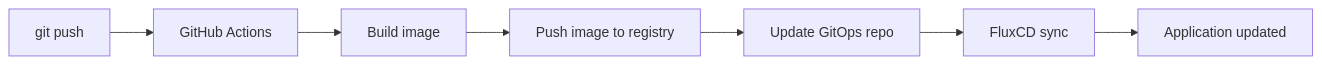
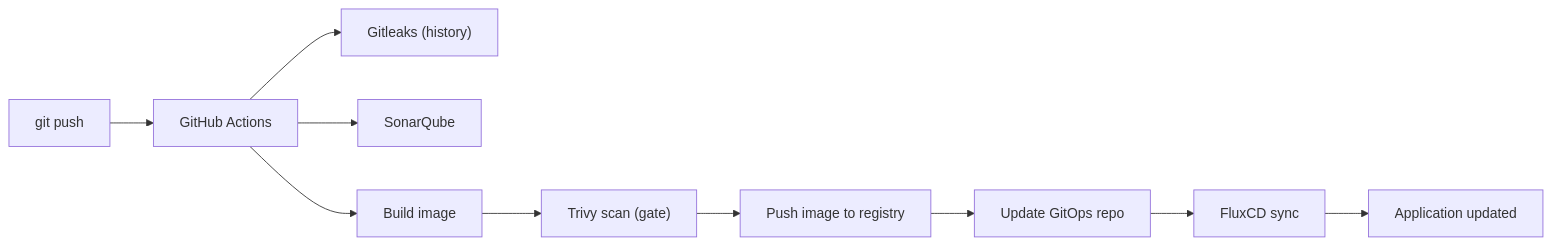
Before and after one commit to traipoap/gitops-platform: the fourth of 4 diagrams in README.md, drawn with Mermaid. The commit also changed other lines of this file, not shown here.

````diff
--- a/README.md
+++ b/README.md
@@ -587,9 +604,12 @@
 ```mermaid
 flowchart LR
     A["git push"] --> B["GitHub Actions"]
+    B --> S1["Gitleaks (history)"]
+    B --> S2["SonarQube"]
     B --> C["Build image"]
-    C --> D["Push image to registry"]
+    C --> T["Trivy scan (gate)"]
+    T --> D["Push image to registry"]
     D --> E["Update GitOps repo"]
     E --> F["FluxCD sync"]
     F --> G["Application updated"]
 ```
````
